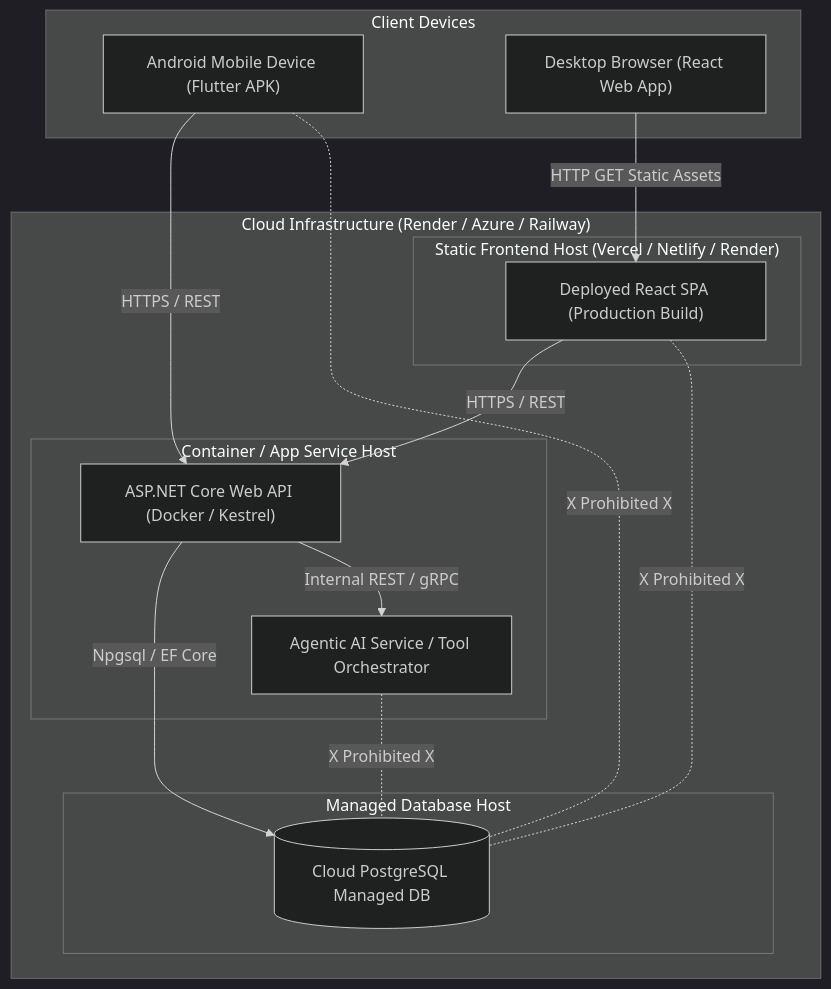
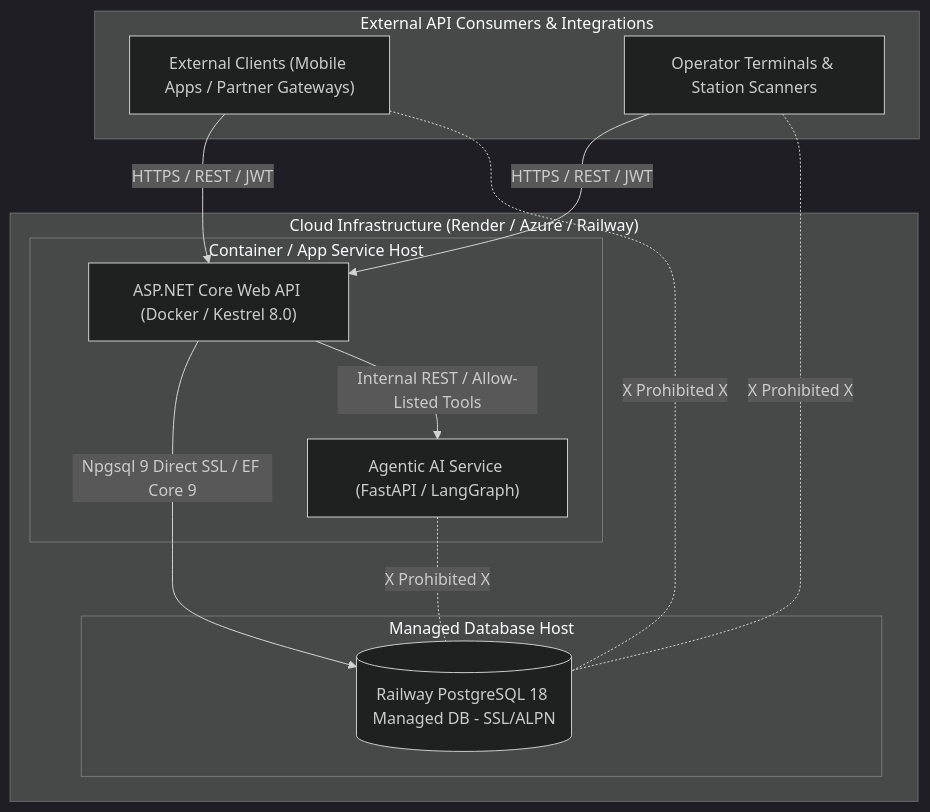
The diagram in docs/architecture/diagrams/07-deployment-architecture.mermaid (NuhadhMohomed/WayPoint), drawn with Mermaid (dark theme) before and after one commit. The commit also changed 266 other files, not shown here.

```diff
--- a/docs/architecture/diagrams/07-deployment-architecture.mermaid
+++ b/docs/architecture/diagrams/07-deployment-architecture.mermaid
@@ -1,33 +1,26 @@
 graph TB
-    subgraph ClientDevices["Client Devices"]
-        MobileDevice["Android Mobile Device (Flutter APK)"]
-        Browser["Desktop Browser (React Web App)"]
+    subgraph Consumers["External API Consumers & Integrations"]
+        ExtClients["External Clients (Mobile Apps / Partner Gateways)"]
+        Operators["Operator Terminals & Station Scanners"]
     end
 
     subgraph CloudInfra["Cloud Infrastructure (Render / Azure / Railway)"]
-        subgraph StaticHosting["Static Frontend Host (Vercel / Netlify / Render)"]
-            ReactApp["Deployed React SPA (Production Build)"]
-        end
-
         subgraph ContainerHosting["Container / App Service Host"]
-            APIApp["ASP.NET Core Web API (Docker / Kestrel)"]
-            AIModule["Agentic AI Service / Tool Orchestrator"]
-            %% NOTE: AIModule is a separate node only if ADR-003 selects Option B (Python LangGraph microservice).
-            %% If Option A (C# Semantic Kernel) is selected, the AI subsystem is embedded in the ASP.NET Core process.
+            APIApp["ASP.NET Core Web API (Docker / Kestrel 8.0)"]
+            AIModule["Agentic AI Service (FastAPI / LangGraph)"]
         end
 
         subgraph ManagedDB["Managed Database Host"]
-            PostgresCloud[(Cloud PostgreSQL Managed DB)]
+            PostgresCloud[(Railway PostgreSQL 18 Managed DB - SSL/ALPN)]
         end
     end
 
-    MobileDevice -->|HTTPS / REST| APIApp
-    Browser -->|HTTP GET Static Assets| ReactApp
-    ReactApp -->|HTTPS / REST| APIApp
-    APIApp -->|Npgsql / EF Core| PostgresCloud
-    APIApp -->|Internal REST / gRPC| AIModule
+    ExtClients -->|HTTPS / REST / JWT| APIApp
+    Operators -->|HTTPS / REST / JWT| APIApp
+    APIApp -->|Npgsql 9 Direct SSL / EF Core 9| PostgresCloud
+    APIApp -->|Internal REST / Allow-Listed Tools| AIModule
 
     %% No direct access
-    MobileDevice -. X Prohibited X .- PostgresCloud
-    ReactApp -. X Prohibited X .- PostgresCloud
+    ExtClients -. X Prohibited X .- PostgresCloud
+    Operators -. X Prohibited X .- PostgresCloud
     AIModule -. X Prohibited X .- PostgresCloud
```
